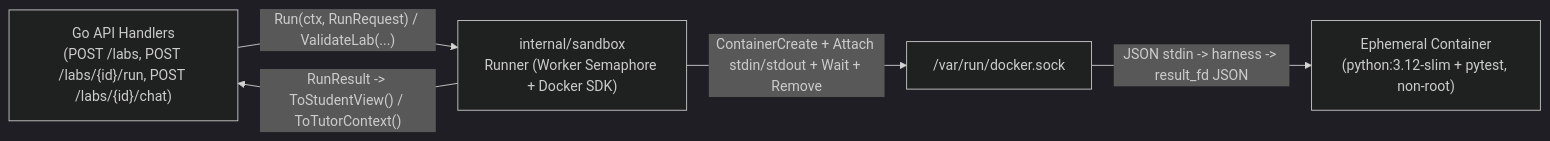
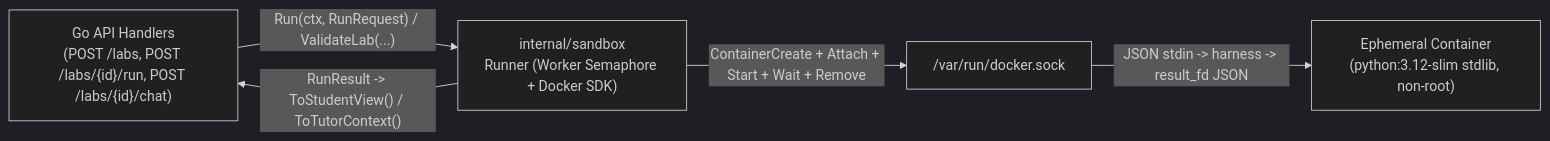
The first of 2 diagrams in docs/code-runner-spec.md (kradmoned/seekhein), drawn with Mermaid (dark theme) before and after one commit. The commit also changed other lines of this file and 6 other files, not shown here.

````diff
--- a/docs/code-runner-spec.md
+++ b/docs/code-runner-spec.md
@@ -16,12 +16,12 @@
 ```mermaid
 flowchart LR
     API["Go API Handlers\n(POST /labs, POST /labs/{id}/run, POST /labs/{id}/chat)"]
     SB["internal/sandbox\nRunner (Worker Semaphore + Docker SDK)"]
     SOCK["/var/run/docker.sock"]
-    CTR["Ephemeral Container\n(python:3.12-slim + pytest, non-root)"]
+    CTR["Ephemeral Container\n(python:3.12-slim stdlib, non-root)"]
 
     API -->|"Run(ctx, RunRequest) / ValidateLab(...)"| SB
-    SB -->|"ContainerCreate + Attach stdin/stdout + Wait + Remove"| SOCK
+    SB -->|"ContainerCreate + Attach + Start + Wait + Remove"| SOCK
     SOCK -->|"JSON stdin -> harness -> result_fd JSON"| CTR
     SB -->|"RunResult -> ToStudentView() / ToTutorContext()"| API
 ```
````
